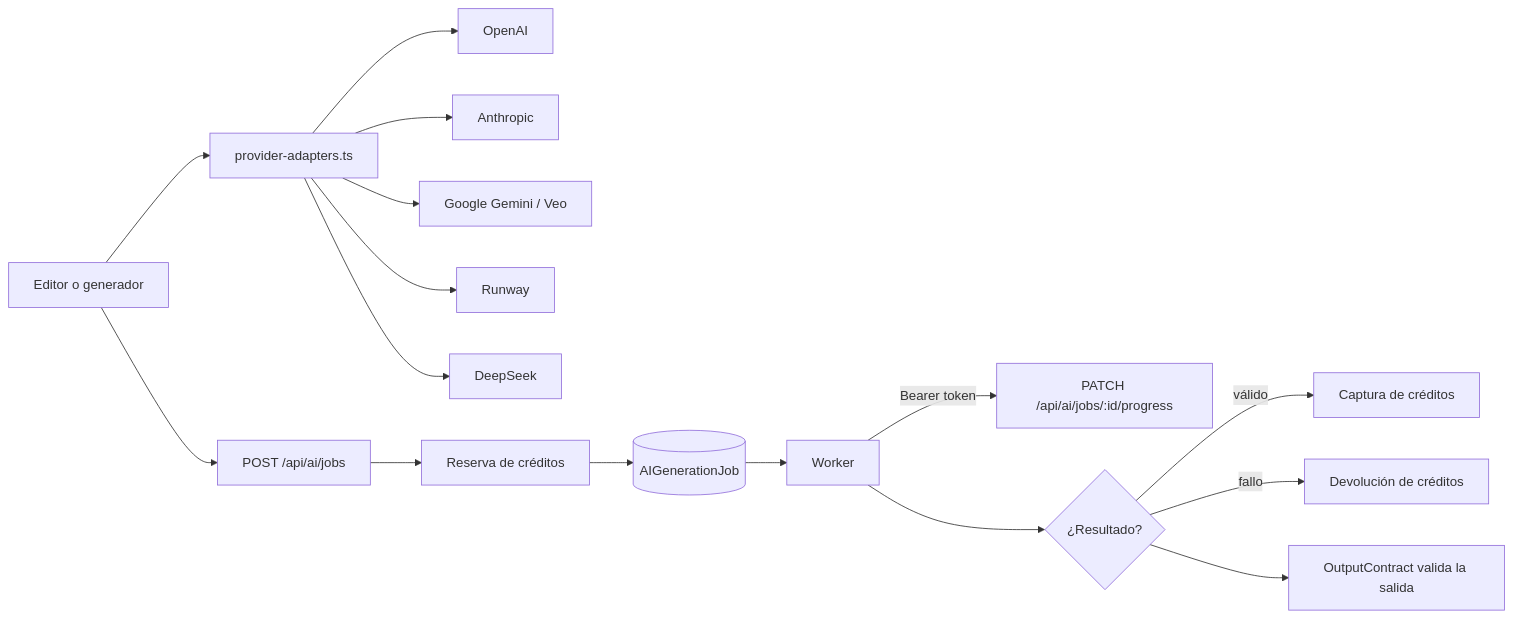
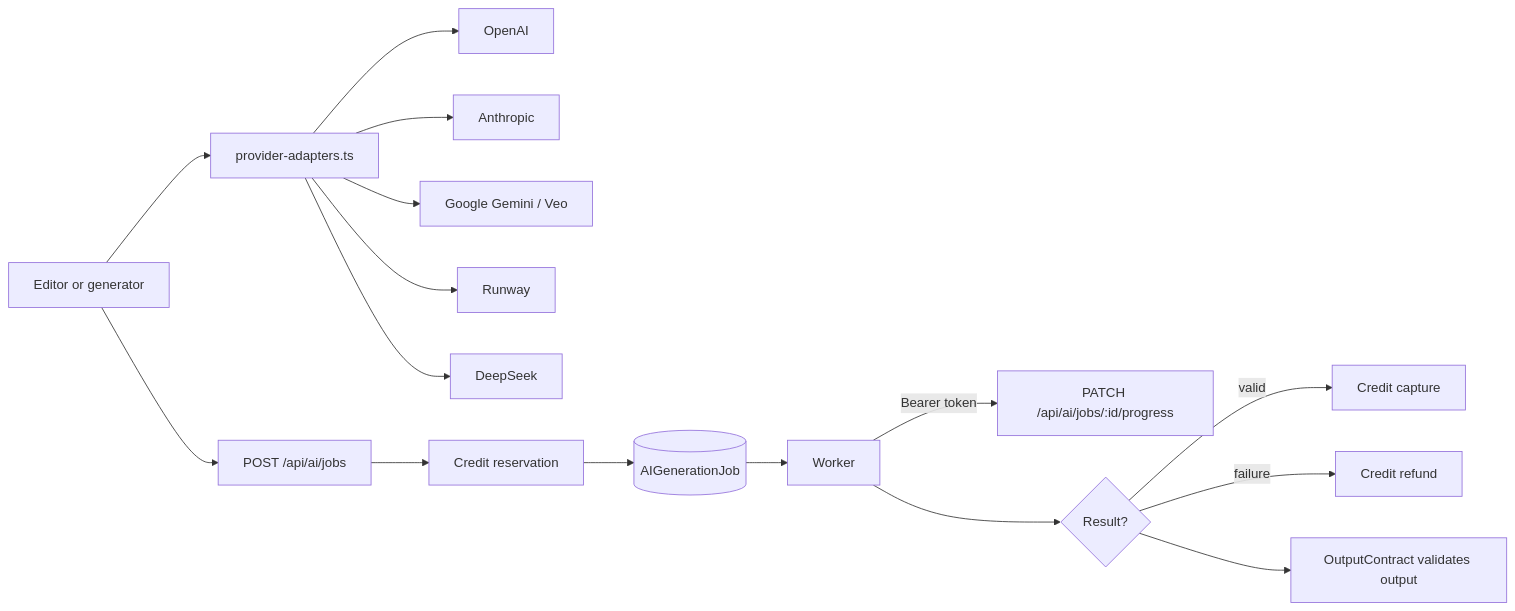
One commit to jggjosue/prompt-studio changed the fifth of 6 diagrams in docs/ARCHITECTURE.md. Above: the diagram before and after it, drawn with Mermaid. The commit also changed other lines of this file and 8 other files, not shown here.

````diff
--- a/docs/ARCHITECTURE.md
+++ b/docs/ARCHITECTURE.md
@@ -222,19 +192,19 @@
 ```mermaid
 flowchart LR
-    UI[Editor o generador] --> REG[provider-adapters.ts]
+    UI[Editor or generator] --> REG[provider-adapters.ts]
     REG --> OA[OpenAI]
     REG --> AN[Anthropic]
     REG --> GO[Google Gemini / Veo]
     REG --> RW[Runway]
     REG --> DS[DeepSeek]
 
     UI --> Q[POST /api/ai/jobs]
-    Q --> LED[Reserva de créditos]
+    Q --> LED[Credit reservation]
     LED --> JOB[(AIGenerationJob)]
     JOB --> W[Worker]
     W -->|Bearer token| PRG[PATCH /api/ai/jobs/:id/progress]
-    W --> DONE{¿Resultado?}
-    DONE -->|válido| CAP[Captura de créditos]
-    DONE -->|fallo| REF[Devolución de créditos]
-    DONE --> OC[OutputContract valida la salida]
+    W --> DONE{Result?}
+    DONE -->|valid| CAP[Credit capture]
+    DONE -->|failure| REF[Credit refund]
+    DONE --> OC[OutputContract validates output]
 ```
````
